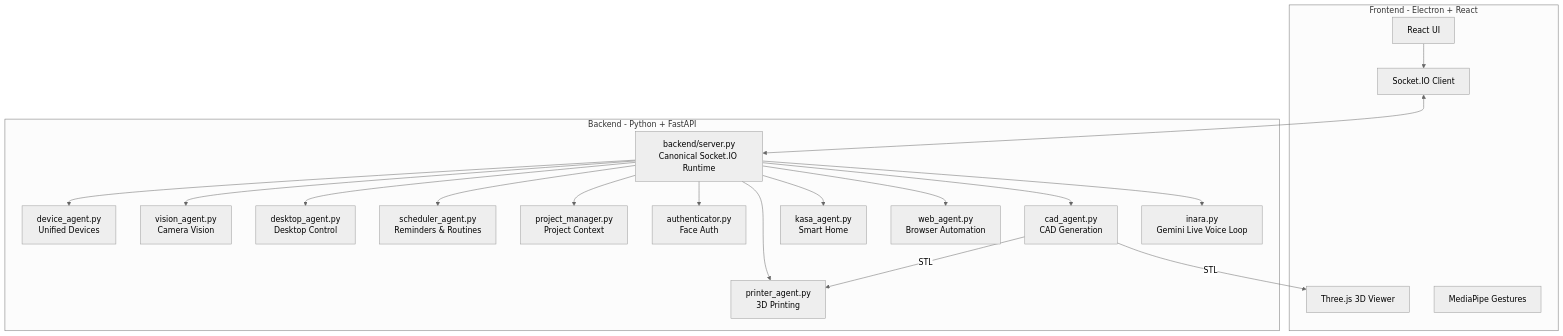
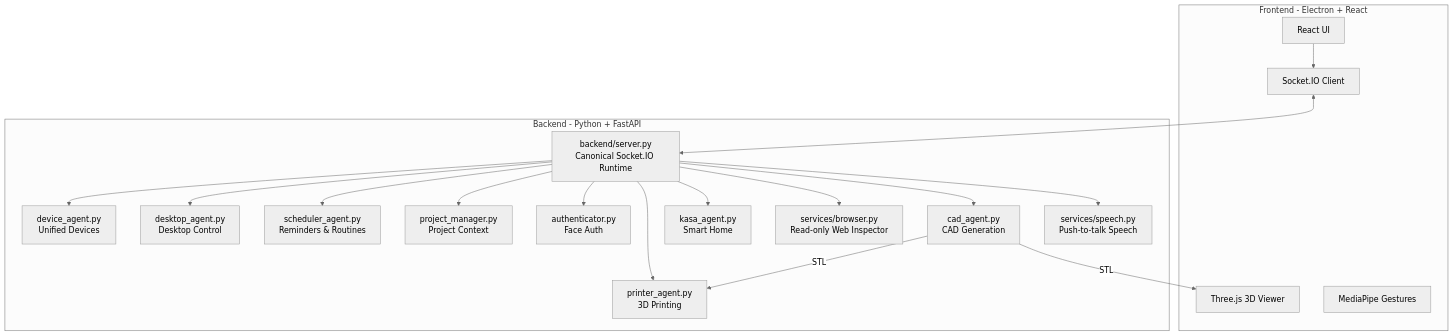
The diagram in README.md (Herorif/INARA), drawn with Mermaid (neutral theme) before and after one commit. The commit also changed other lines of this file and 94 other files, not shown here.

First line of the commit message:
Remove dead voice and vision routes and ~6,800 lines of unreachable code

````diff
--- a/README.md
+++ b/README.md
@@ -155,40 +155,38 @@
 ```mermaid
 graph TB
     subgraph Frontend ["Frontend - Electron + React"]
         UI[React UI]
         THREE[Three.js 3D Viewer]
         GESTURE[MediaPipe Gestures]
         SOCKET_C[Socket.IO Client]
     end
 
     subgraph Backend ["Backend - Python + FastAPI"]
         SERVER[backend/server.py<br/>Canonical Socket.IO Runtime]
-        LIVE[inara.py<br/>Gemini Live Voice Loop]
+        SPEECH[services/speech.py<br/>Push-to-talk Speech]
         CAD[cad_agent.py<br/>CAD Generation]
-        WEB[web_agent.py<br/>Browser Automation]
+        WEB[services/browser.py<br/>Read-only Web Inspector]
         PRINTER[printer_agent.py<br/>3D Printing]
         KASA[kasa_agent.py<br/>Smart Home]
         AUTH[authenticator.py<br/>Face Auth]
         PROJECT[project_manager.py<br/>Project Context]
         SCHED[scheduler_agent.py<br/>Reminders & Routines]
         DESK[desktop_agent.py<br/>Desktop Control]
-        VIS[vision_agent.py<br/>Camera Vision]
         DEV[device_agent.py<br/>Unified Devices]
     end
 
     UI --> SOCKET_C
     SOCKET_C <--> SERVER
-    SERVER --> LIVE
+    SERVER --> SPEECH
     SERVER --> CAD
     SERVER --> WEB
     SERVER --> KASA
     SERVER --> PRINTER
     SERVER --> AUTH
     SERVER --> PROJECT
     SERVER --> SCHED
     SERVER --> DESK
-    SERVER --> VIS
     SERVER --> DEV
     CAD -->|STL| THREE
     CAD -->|STL| PRINTER
 ```
````
